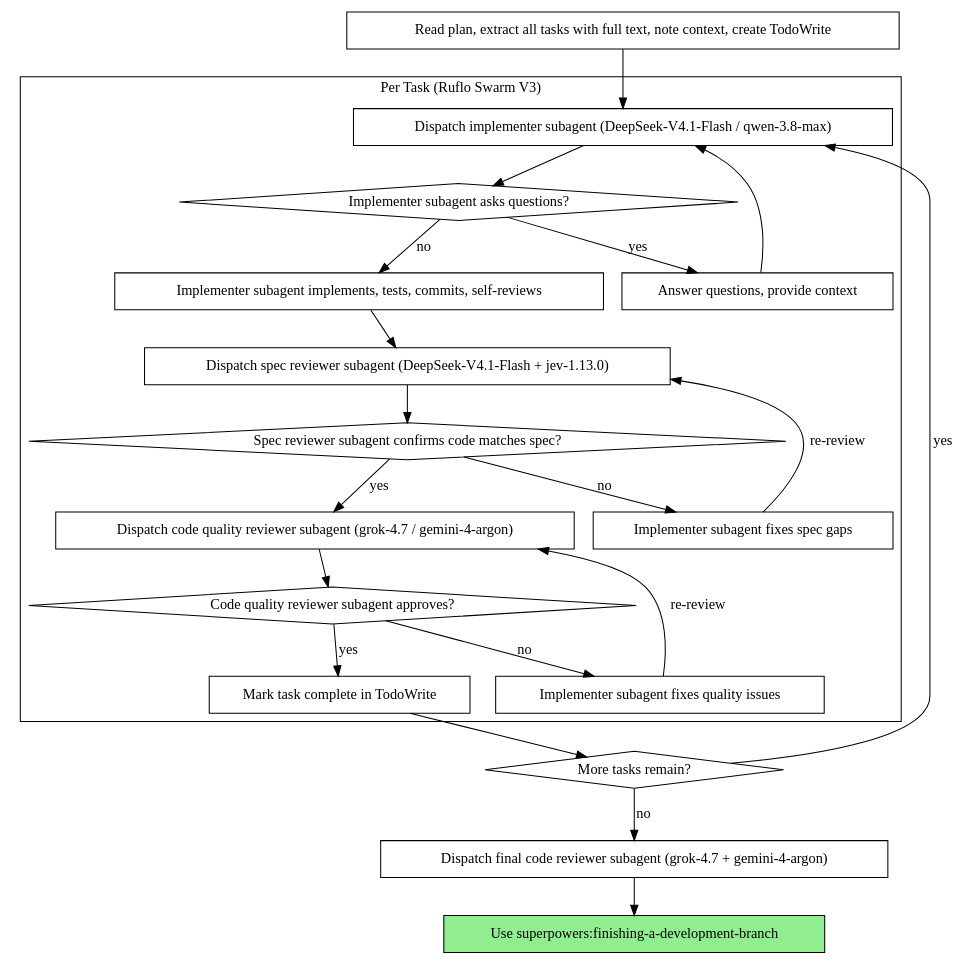
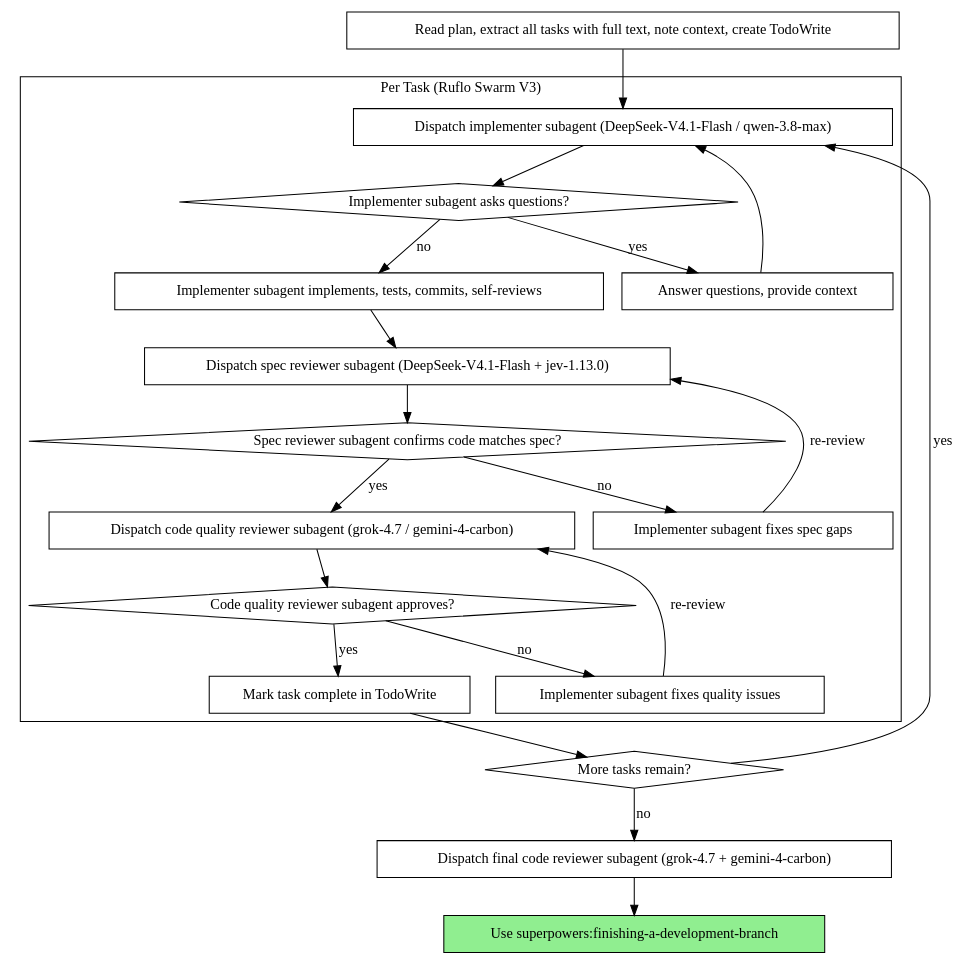
The second of 2 diagrams in config/skills/subagent-driven-development/SKILL.md (yangjiaxing3/dotfiles-gemini), drawn with Graphviz before and after one commit. The commit also changed other lines of this file and 793 other files, not shown here.

````diff
--- a/config/skills/subagent-driven-development/SKILL.md
+++ b/config/skills/subagent-driven-development/SKILL.md
@@ -34,44 +34,44 @@
 ```dot
 digraph process {
     rankdir=TB;
 
     subgraph cluster_per_task {
         label="Per Task (Ruflo Swarm V3)";
         "Dispatch implementer subagent (DeepSeek-V4.1-Flash / qwen-3.8-max)" [shape=box];
         "Implementer subagent asks questions?" [shape=diamond];
         "Answer questions, provide context" [shape=box];
         "Implementer subagent implements, tests, commits, self-reviews" [shape=box];
         "Dispatch spec reviewer subagent (DeepSeek-V4.1-Flash + jev-1.13.0)" [shape=box];
         "Spec reviewer subagent confirms code matches spec?" [shape=diamond];
         "Implementer subagent fixes spec gaps" [shape=box];
-        "Dispatch code quality reviewer subagent (grok-4.7 / gemini-4-argon)" [shape=box];
+        "Dispatch code quality reviewer subagent (grok-4.7 / gemini-4-carbon)" [shape=box];
         "Code quality reviewer subagent approves?" [shape=diamond];
         "Implementer subagent fixes quality issues" [shape=box];
         "Mark task complete in TodoWrite" [shape=box];
     }
 
     "Read plan, extract all tasks with full text, note context, create TodoWrite" [shape=box];
     "More tasks remain?" [shape=diamond];
-    "Dispatch final code reviewer subagent (grok-4.7 + gemini-4-argon)" [shape=box];
+    "Dispatch final code reviewer subagent (grok-4.7 + gemini-4-carbon)" [shape=box];
     "Use superpowers:finishing-a-development-branch" [shape=box style=filled fillcolor=lightgreen];
 
     "Read plan, extract all tasks with full text, note context, create TodoWrite" -> "Dispatch implementer subagent (DeepSeek-V4.1-Flash / qwen-3.8-max)";
     "Dispatch implementer subagent (DeepSeek-V4.1-Flash / qwen-3.8-max)" -> "Implementer subagent asks questions?";
     "Implementer subagent asks questions?" -> "Answer questions, provide context" [label="yes"];
     "Answer questions, provide context" -> "Dispatch implementer subagent (DeepSeek-V4.1-Flash / qwen-3.8-max)";
     "Implementer subagent asks questions?" -> "Implementer subagent implements, tests, commits, self-reviews" [label="no"];
     "Implementer subagent implements, tests, commits, self-reviews" -> "Dispatch spec reviewer subagent (DeepSeek-V4.1-Flash + jev-1.13.0)";
     "Dispatch spec reviewer subagent (DeepSeek-V4.1-Flash + jev-1.13.0)" -> "Spec reviewer subagent confirms code matches spec?";
     "Spec reviewer subagent confirms code matches spec?" -> "Implementer subagent fixes spec gaps" [label="no"];
     "Implementer subagent fixes spec gaps" -> "Dispatch spec reviewer subagent (DeepSeek-V4.1-Flash + jev-1.13.0)" [label="re-review"];
-    "Spec reviewer subagent confirms code matches spec?" -> "Dispatch code quality reviewer subagent (grok-4.7 / gemini-4-argon)" [label="yes"];
-    "Dispatch code quality reviewer subagent (grok-4.7 / gemini-4-argon)" -> "Code quality reviewer subagent approves?";
+    "Spec reviewer subagent confirms code matches spec?" -> "Dispatch code quality reviewer subagent (grok-4.7 / gemini-4-carbon)" [label="yes"];
+    "Dispatch code quality reviewer subagent (grok-4.7 / gemini-4-carbon)" -> "Code quality reviewer subagent approves?";
     "Code quality reviewer subagent approves?" -> "Implementer subagent fixes quality issues" [label="no"];
-    "Implementer subagent fixes quality issues" -> "Dispatch code quality reviewer subagent (grok-4.7 / gemini-4-argon)" [label="re-review"];
+    "Implementer subagent fixes quality issues" -> "Dispatch code quality reviewer subagent (grok-4.7 / gemini-4-carbon)" [label="re-review"];
     "Code quality reviewer subagent approves?" -> "Mark task complete in TodoWrite" [label="yes"];
     "Mark task complete in TodoWrite" -> "More tasks remain?";
     "More tasks remain?" -> "Dispatch implementer subagent (DeepSeek-V4.1-Flash / qwen-3.8-max)" [label="yes"];
-    "More tasks remain?" -> "Dispatch final code reviewer subagent (grok-4.7 + gemini-4-argon)" [label="no"];
-    "Dispatch final code reviewer subagent (grok-4.7 + gemini-4-argon)" -> "Use superpowers:finishing-a-development-branch";
+    "More tasks remain?" -> "Dispatch final code reviewer subagent (grok-4.7 + gemini-4-carbon)" [label="no"];
+    "Dispatch final code reviewer subagent (grok-4.7 + gemini-4-carbon)" -> "Use superpowers:finishing-a-development-branch";
 }
 ```
````
